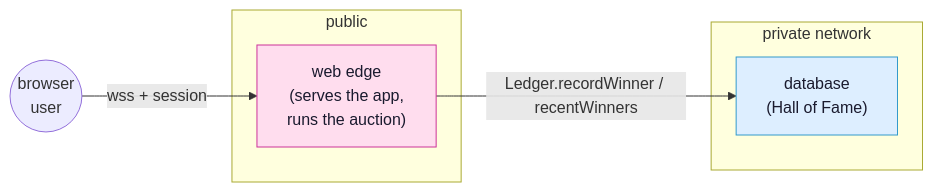
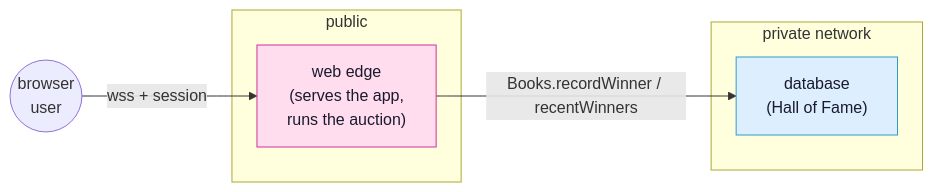
One commit to Kidev/SynQt changed the diagram in docs/tutorial.md. Above: the diagram before and after it, drawn with Mermaid. The commit also changed other lines of this file and 3 other files, not shown here.

````diff
--- a/docs/tutorial.md
+++ b/docs/tutorial.md
@@ -33,14 +33,14 @@
 ```mermaid
 flowchart LR
   user(("browser<br/>user"))
   user -->|"wss + session"| web
   subgraph public
     web["<span style='color:#1a1a2e'>web edge<br/>(serves the app,<br/>runs the auction)</span>"]
   end
   subgraph private["private network"]
     db["<span style='color:#1a1a2e'>database<br/>(Hall of Fame)</span>"]
   end
-  web -->|"Ledger.recordWinner / recentWinners"| db
+  web -->|"Books.recordWinner / recentWinners"| db
   style web fill:#fde,stroke:#c39,color:#1a1a2e
   style db fill:#def,stroke:#39c,color:#1a1a2e
 ```
````
